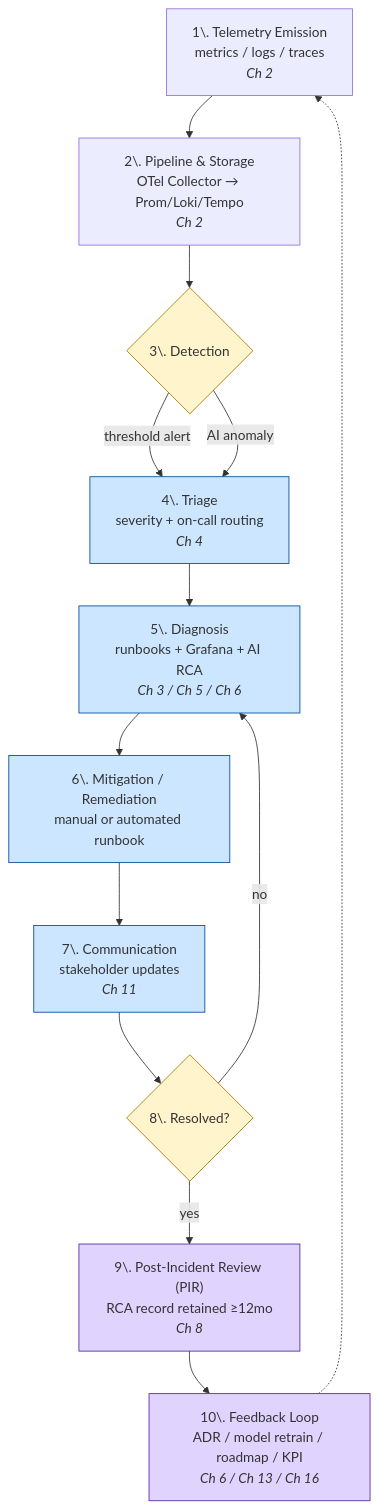
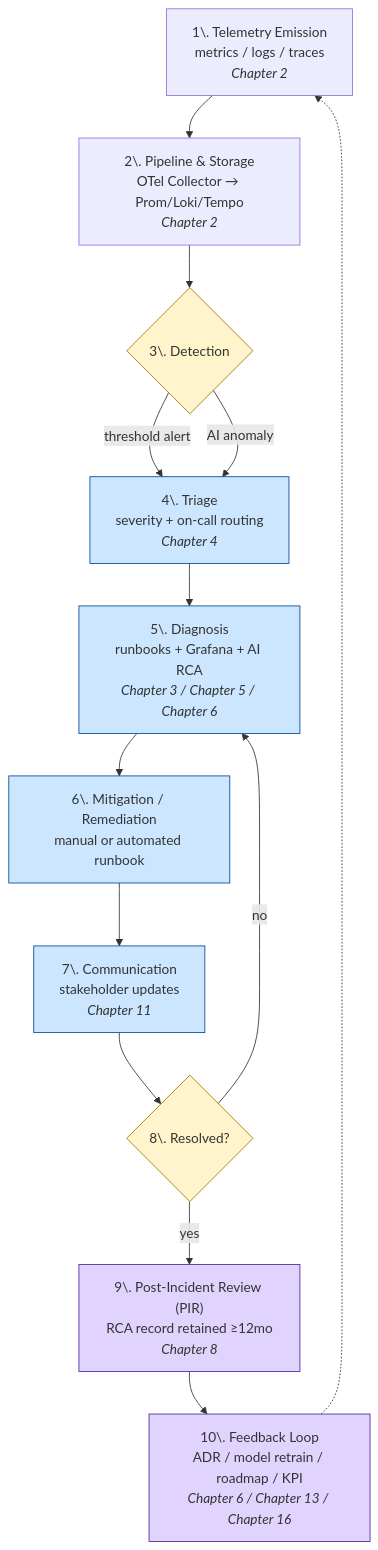
Before and after one commit to anurag-thakur-xceedance/Observability: the first of 2 diagrams in Observability-Strategy/13-incident-response-playbook.md, drawn with Mermaid. The commit also changed other lines of this file and 37 other files, not shown here.

````diff
--- a/Observability-Strategy/13-incident-response-playbook.md
+++ b/Observability-Strategy/13-incident-response-playbook.md
@@ -29,22 +34,22 @@
 ```mermaid
 flowchart TD
-    A["1\. Telemetry Emission<br/>metrics / logs / traces<br/><i>Ch 2</i>"] --> B["2\. Pipeline & Storage<br/>OTel Collector → Prom/Loki/Tempo<br/><i>Ch 2</i>"]
+    A["1\. Telemetry Emission<br/>metrics / logs / traces<br/><i>Chapter 2</i>"] --> B["2\. Pipeline & Storage<br/>OTel Collector → Prom/Loki/Tempo<br/><i>Chapter 2</i>"]
     B --> C{"3\. Detection"}
-    C -->|"threshold alert"| D["4\. Triage<br/>severity + on-call routing<br/><i>Ch 4</i>"]
+    C -->|"threshold alert"| D["4\. Triage<br/>severity + on-call routing<br/><i>Chapter 4</i>"]
     C -->|"AI anomaly"| D
-    D --> E["5\. Diagnosis<br/>runbooks + Grafana + AI RCA<br/><i>Ch 3 / Ch 5 / Ch 6</i>"]
+    D --> E["5\. Diagnosis<br/>runbooks + Grafana + AI RCA<br/><i>Chapter 3 / Chapter 5 / Chapter 6</i>"]
     E --> F["6\. Mitigation / Remediation<br/>manual or automated runbook"]
-    F --> G["7\. Communication<br/>stakeholder updates<br/><i>Ch 11</i>"]
+    F --> G["7\. Communication<br/>stakeholder updates<br/><i>Chapter 11</i>"]
     G --> H{"8\. Resolved?"}
     H -->|"no"| E
-    H -->|"yes"| I["9\. Post-Incident Review (PIR)<br/>RCA record retained ≥12mo<br/><i>Ch 8</i>"]
-    I --> J["10\. Feedback Loop<br/>ADR / model retrain / roadmap / KPI<br/><i>Ch 6 / Ch 13 / Ch 16</i>"]
+    H -->|"yes"| I["9\. Post-Incident Review (PIR)<br/>RCA record retained ≥12mo<br/><i>Chapter 8</i>"]
+    I --> J["10\. Feedback Loop<br/>ADR / model retrain / roadmap / KPI<br/><i>Chapter 6 / Chapter 13 / Chapter 16</i>"]
     J -.-> A
 
     classDef detect fill:#fff4cc,stroke:#a07700;
     classDef act fill:#cce6ff,stroke:#004a99;
     classDef review fill:#e0d4ff,stroke:#5226a0;
     class C,H detect;
     class D,E,F,G act;
     class I,J review;
 ```
````
